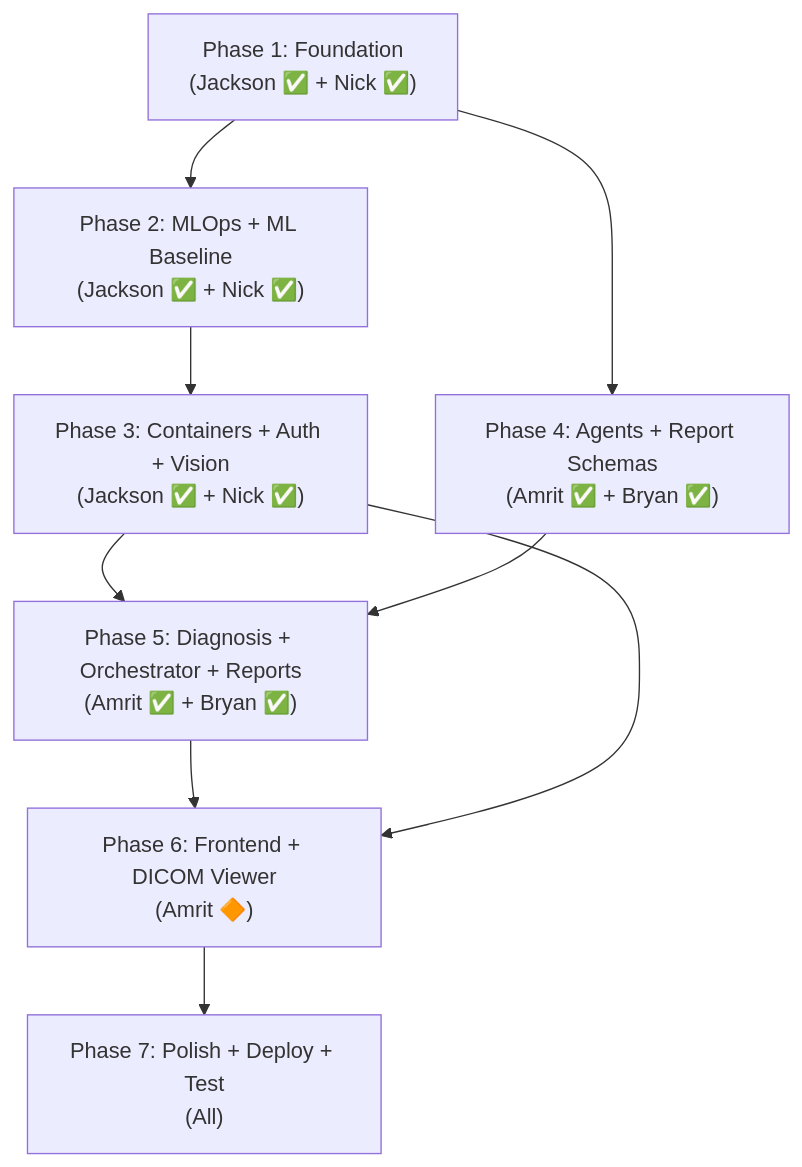
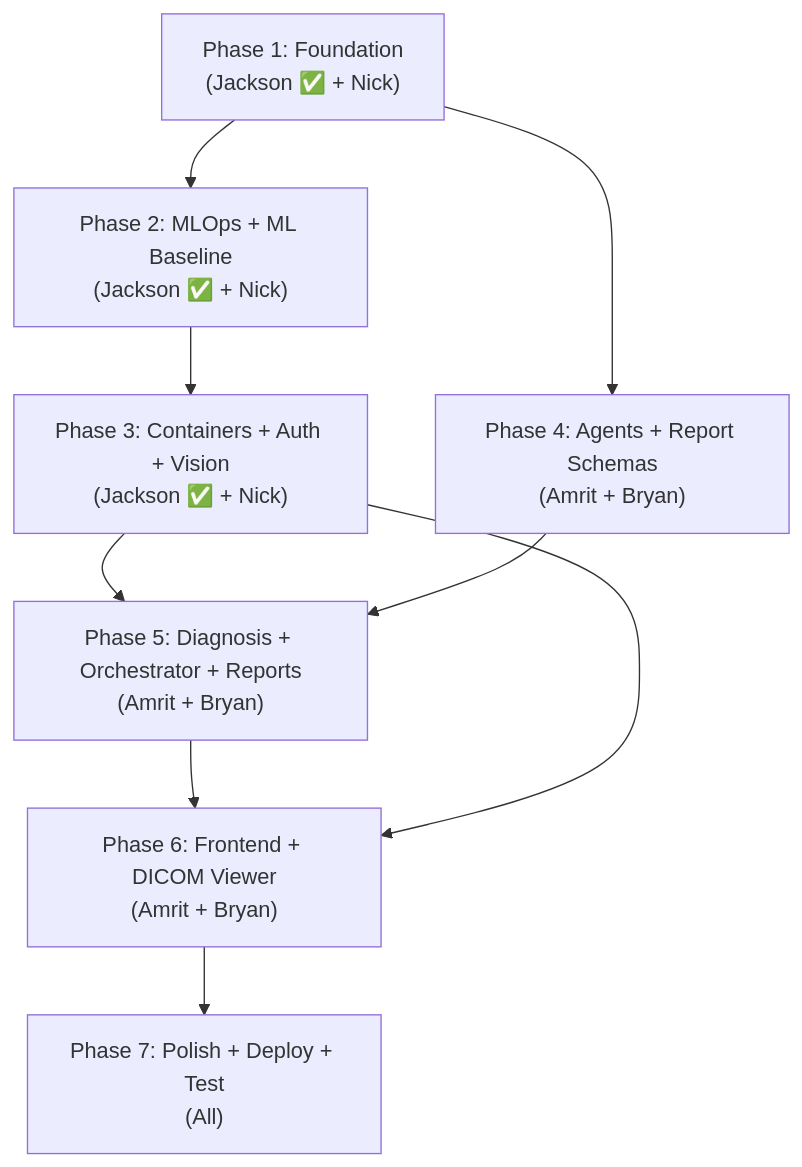
Before and after one commit to JacksonBopp/radiology-second-opinion-agent: the diagram in project_process_breakdown.md, drawn with Mermaid. The commit also changed other lines of this file, not shown here.

````diff
--- a/project_process_breakdown.md
+++ b/project_process_breakdown.md
@@ -179,11 +173,11 @@
 ```mermaid
 graph TD
-    A["Phase 1: Foundation<br/>(Jackson ✅ + Nick ✅)"] --> B["Phase 2: MLOps + ML Baseline<br/>(Jackson ✅ + Nick ✅)"]
-    B --> C["Phase 3: Containers + Auth + Vision<br/>(Jackson ✅ + Nick ✅)"]
-    A --> D["Phase 4: Agents + Report Schemas<br/>(Amrit ✅ + Bryan ✅)"]
-    C --> E["Phase 5: Diagnosis + Orchestrator + Reports<br/>(Amrit ✅ + Bryan ✅)"]
+    A["Phase 1: Foundation<br/>(Jackson ✅ + Nick)"] --> B["Phase 2: MLOps + ML Baseline<br/>(Jackson ✅ + Nick)"]
+    B --> C["Phase 3: Containers + Auth + Vision<br/>(Jackson ✅ + Nick)"]
+    A --> D["Phase 4: Agents + Report Schemas<br/>(Amrit + Bryan)"]
+    C --> E["Phase 5: Diagnosis + Orchestrator + Reports<br/>(Amrit + Bryan)"]
     D --> E
-    E --> F["Phase 6: Frontend + DICOM Viewer<br/>(Amrit 🔶)"]
+    E --> F["Phase 6: Frontend + DICOM Viewer<br/>(Amrit + Bryan)"]
     C --> F
     F --> G["Phase 7: Polish + Deploy + Test<br/>(All)"]
 ```
````
